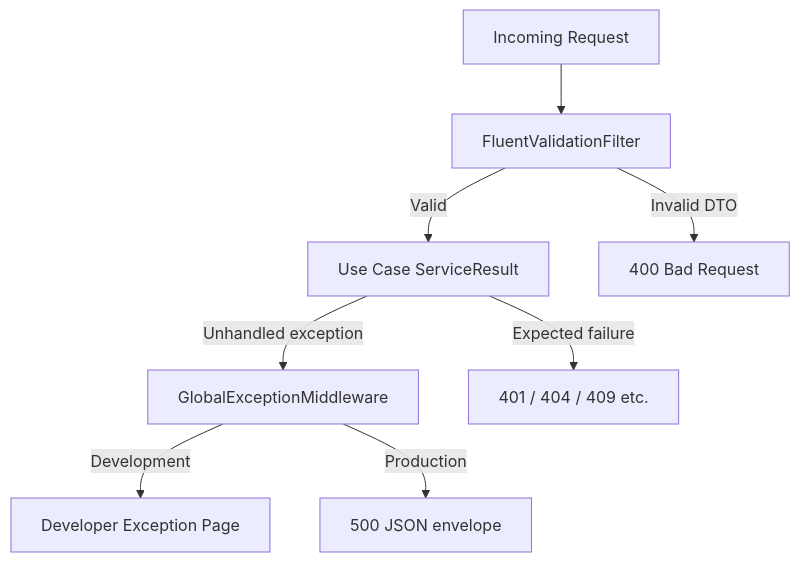
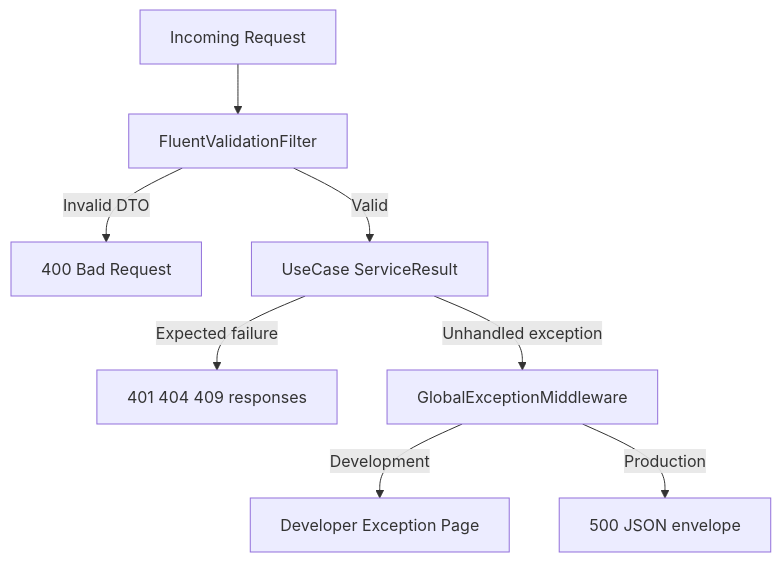
Before and after one commit to ahmed-aliii/ElectroPi-Assessment-Task: the sixth of 7 diagrams in README.md, drawn with Mermaid. The commit also changed other lines of this file, not shown here.

````diff
--- a/README.md
+++ b/README.md
@@ -535,15 +545,10 @@
 ```mermaid
 flowchart TD
-    Request[Incoming Request]
-    FV[FluentValidationFilter]
-    UC[Use Case ServiceResult]
-    GEM[GlobalExceptionMiddleware]
-
-    Request --> FV
-    FV -->|Invalid DTO| BadRequest400[400 Bad Request]
-    FV -->|Valid| UC
-    UC -->|Expected failure| ResultCode[401 / 404 / 409 etc.]
-    UC -->|Unhandled exception| GEM
-    GEM -->|Development| DevPage[Developer Exception Page]
-    GEM -->|Production| Json500[500 JSON envelope]
+    requestNode[Incoming Request] --> fvNode[FluentValidationFilter]
+    fvNode -->|"Invalid DTO"| badRequestNode["400 Bad Request"]
+    fvNode -->|"Valid"| ucNode[UseCase ServiceResult]
+    ucNode -->|"Expected failure"| resultNode["401 404 409 responses"]
+    ucNode -->|"Unhandled exception"| gemNode[GlobalExceptionMiddleware]
+    gemNode -->|"Development"| devPageNode["Developer Exception Page"]
+    gemNode -->|"Production"| prodErrorNode["500 JSON envelope"]
 ```
````
